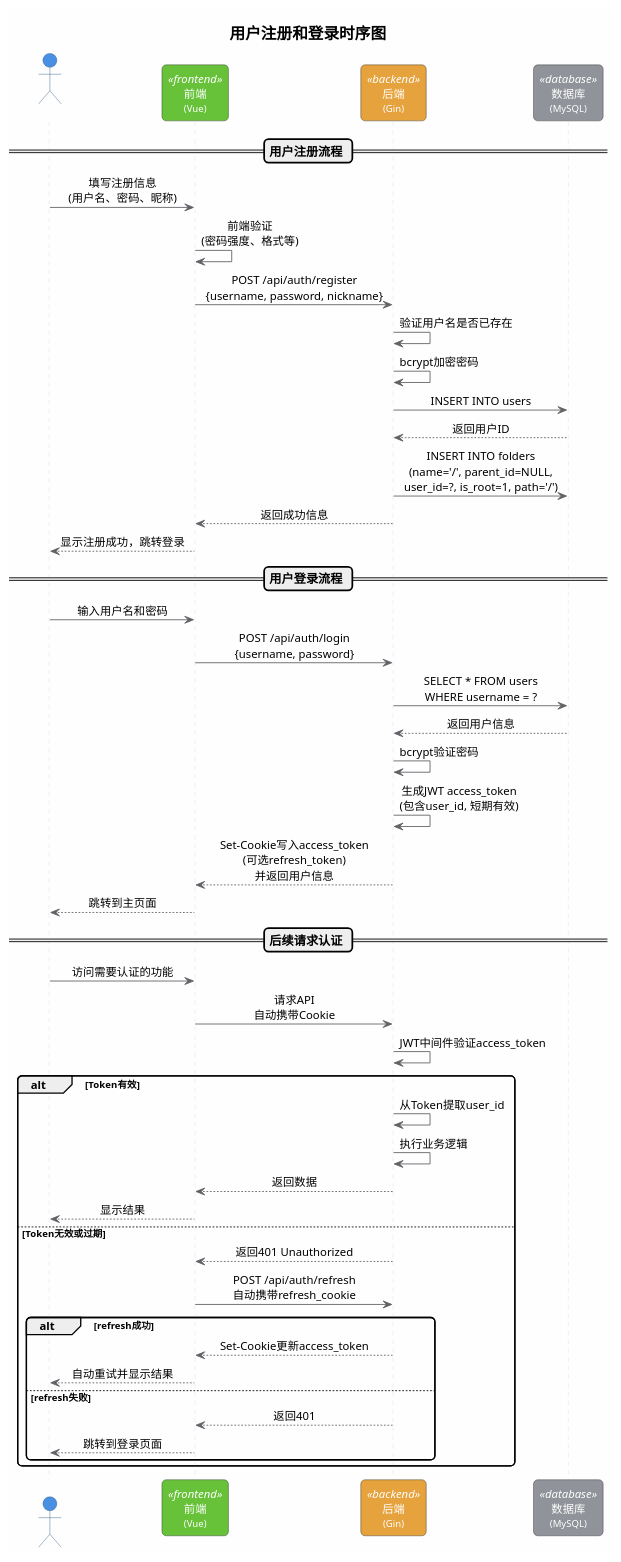
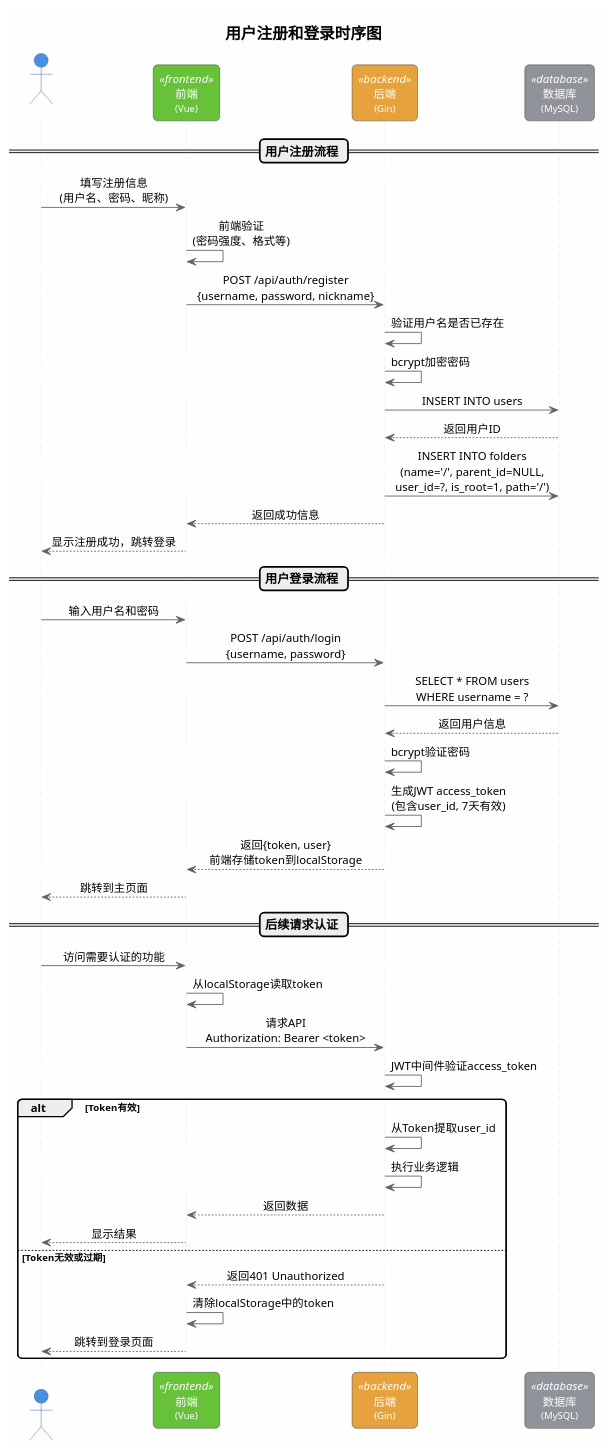
One commit to weiguangshuai/mCloud changed the first of 6 diagrams in doc/sequence-diagrams.puml. Above: the diagram before and after it, drawn with PlantUML. The commit also changed other lines of this file and 6 other files, not shown here.

```diff
--- a/doc/sequence-diagrams.puml
+++ b/doc/sequence-diagrams.puml
@@ -1,94 +1,89 @@
 @startuml 用户注册登录流程
 
 '样式配置
 skinparam backgroundColor #FEFEFE
 skinparam sequenceMessageAlign center
 skinparam roundcorner 10
 skinparam shadowing false
 
 skinparam actor {
     BackgroundColor #4A90E2
     BorderColor #2E5C8A
     FontColor White
     FontSize 14
 }
 
 skinparam participant {
     BackgroundColor<<frontend>> #67C23A
     BackgroundColor<<backend>> #E6A23C
     BackgroundColor<<database>> #909399
     BackgroundColor<<cache>> #F56C6C
     BackgroundColor<<storage>> #409EFF
     BorderColor #333333
     FontColor White
     FontSize 13
 }
 
 skinparam sequence {
     ArrowColor #606266
     LifeLineBorderColor #DCDFE6
     LifeLineBackgroundColor #F2F6FC
     BoxBackgroundColor #ECF5FF
     BoxBorderColor #409EFF
 }
 
 skinparam note {
     BackgroundColor #FFF9E6
     BorderColor #E6A23C
     FontSize 11
 }
 
 title <size:18><b>用户注册和登录时序图</b></size>
 
 actor 用户 as User
 participant "  前端  \n<size:11>(Vue)</size>" as Frontend <<frontend>>
 participant "  后端  \n<size:11>(Gin)</size>" as Backend <<backend>>
 participant "  数据库  \n<size:11>(MySQL)</size>" as DB <<database>>
 
 == <b><size:14>用户注册流程</size></b> ==
 
 User -> Frontend: 填写注册信息\n(用户名、密码、昵称)
 Frontend -> Frontend: 前端验证\n(密码强度、格式等)
 Frontend -> Backend: POST /api/auth/register\n{username, password, nickname}
 Backend -> Backend: 验证用户名是否已存在
 Backend -> Backend: bcrypt加密密码
 Backend -> DB: INSERT INTO users
 DB --> Backend: 返回用户ID
 Backend -> DB: INSERT INTO folders\n(name='/', parent_id=NULL,\nuser_id=?, is_root=1, path='/')
 Backend --> Frontend: 返回成功信息
 Frontend --> User: 显示注册成功，跳转登录
 
 == <b><size:14>用户登录流程</size></b> ==
 
 User -> Frontend: 输入用户名和密码
 Frontend -> Backend: POST /api/auth/login\n{username, password}
 Backend -> DB: SELECT * FROM users\nWHERE username = ?
 DB --> Backend: 返回用户信息
 Backend -> Backend: bcrypt验证密码
-Backend -> Backend: 生成JWT access_token\n(包含user_id, 短期有效)
-Backend --> Frontend: Set-Cookie写入access_token\n(可选refresh_token)\n并返回用户信息
+Backend -> Backend: 生成JWT access_token\n(包含user_id, 7天有效)
+Backend --> Frontend: 返回{token, user}\n前端存储token到localStorage
 Frontend --> User: 跳转到主页面
 
 == <b><size:14>后续请求认证</size></b> ==
 
 User -> Frontend: 访问需要认证的功能
-Frontend -> Backend: 请求API\n自动携带Cookie
+Frontend -> Frontend: 从localStorage读取token
+Frontend -> Backend: 请求API\nAuthorization: Bearer <token>
 Backend -> Backend: JWT中间件验证access_token
 alt Token有效
     Backend -> Backend: 从Token提取user_id
     Backend -> Backend: 执行业务逻辑
     Backend --> Frontend: 返回数据
     Frontend --> User: 显示结果
 else Token无效或过期
     Backend --> Frontend: 返回401 Unauthorized
-    Frontend -> Backend: POST /api/auth/refresh\n自动携带refresh_cookie
-    alt refresh成功
-        Backend --> Frontend: Set-Cookie更新access_token
-        Frontend --> User: 自动重试并显示结果
-    else refresh失败
-        Backend --> Frontend: 返回401
-        Frontend --> User: 跳转到登录页面
-    end
+    Frontend -> Frontend: 清除localStorage中的token
+    Frontend --> User: 跳转到登录页面
 end
 
 @enduml
```
